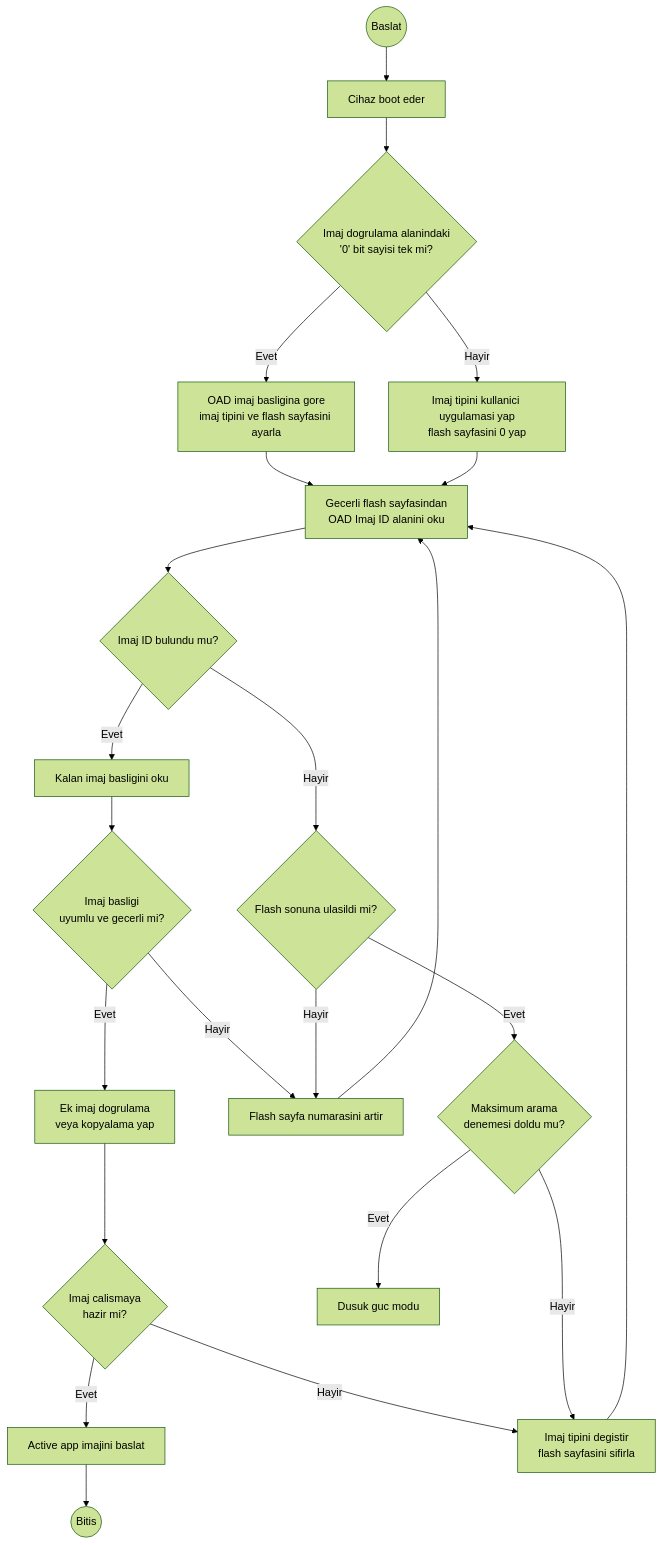
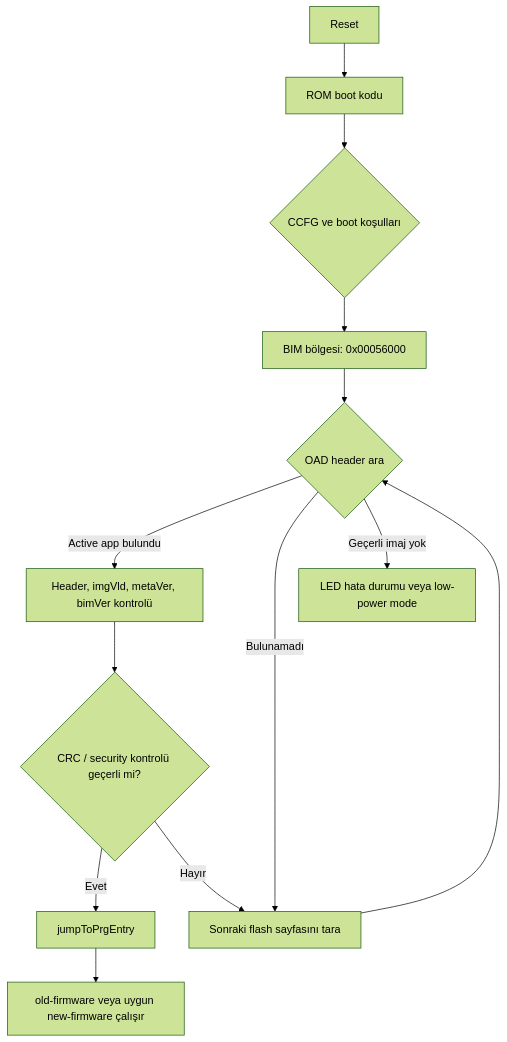
One commit to YasinEnginn/rehydrator changed the diagram in README.md. Above: the diagram before and after it, drawn with Mermaid (forest theme). The commit also changed other lines of this file and 1 other file, not shown here.

````diff
--- a/README.md
+++ b/README.md
@@ -156,32 +829,15 @@
 ```mermaid
 flowchart TD
-  A((Baslat)) --> B[Cihaz boot eder]
-  B --> C{Imaj dogrulama alanindaki<br/>'0' bit sayisi tek mi?}
-
-  C -- Evet --> D[OAD imaj basligina gore<br/>imaj tipini ve flash sayfasini ayarla]
-  C -- Hayir --> E[Imaj tipini kullanici uygulamasi yap<br/>flash sayfasini 0 yap]
-
-  D --> F[Gecerli flash sayfasindan<br/>OAD Imaj ID alanini oku]
-  E --> F
-
-  F --> G{Imaj ID bulundu mu?}
-  G -- Evet --> H[Kalan imaj basligini oku]
-  G -- Hayir --> I{Flash sonuna ulasildi mi?}
-
-  H --> J{Imaj basligi<br/>uyumlu ve gecerli mi?}
-  J -- Evet --> K[Ek imaj dogrulama<br/>veya kopyalama yap]
-  J -- Hayir --> L[Flash sayfa numarasini artir]
-
-  K --> M{Imaj calismaya<br/>hazir mi?}
-  M -- Evet --> N[Active app imajini baslat]
-  N --> O((Bitis))
-  M -- Hayir --> P[Imaj tipini degistir<br/>flash sayfasini sifirla]
-
-  I -- Hayir --> L
-  I -- Evet --> Q{Maksimum arama<br/>denemesi doldu mu?}
-  Q -- Evet --> R[Dusuk guc modu]
-  Q -- Hayir --> P
-
-  L --> F
-  P --> F
+  A[Reset] --> B[ROM boot kodu]
+  B --> C{CCFG ve boot koşulları}
+  C --> D[BIM bölgesi: 0x00056000]
+  D --> E{OAD header ara}
+  E -->|Active app bulundu| F[Header, imgVld, metaVer, bimVer kontrolü]
+  E -->|Bulunamadı| G[Sonraki flash sayfasını tara]
+  G --> E
+  F --> H{CRC / security kontrolü geçerli mi?}
+  H -->|Evet| I[jumpToPrgEntry]
+  I --> J[old-firmware veya uygun new-firmware çalışır]
+  H -->|Hayır| G
+  E -->|Geçerli imaj yok| K[LED hata durumu veya low-power mode]
 ```
````
